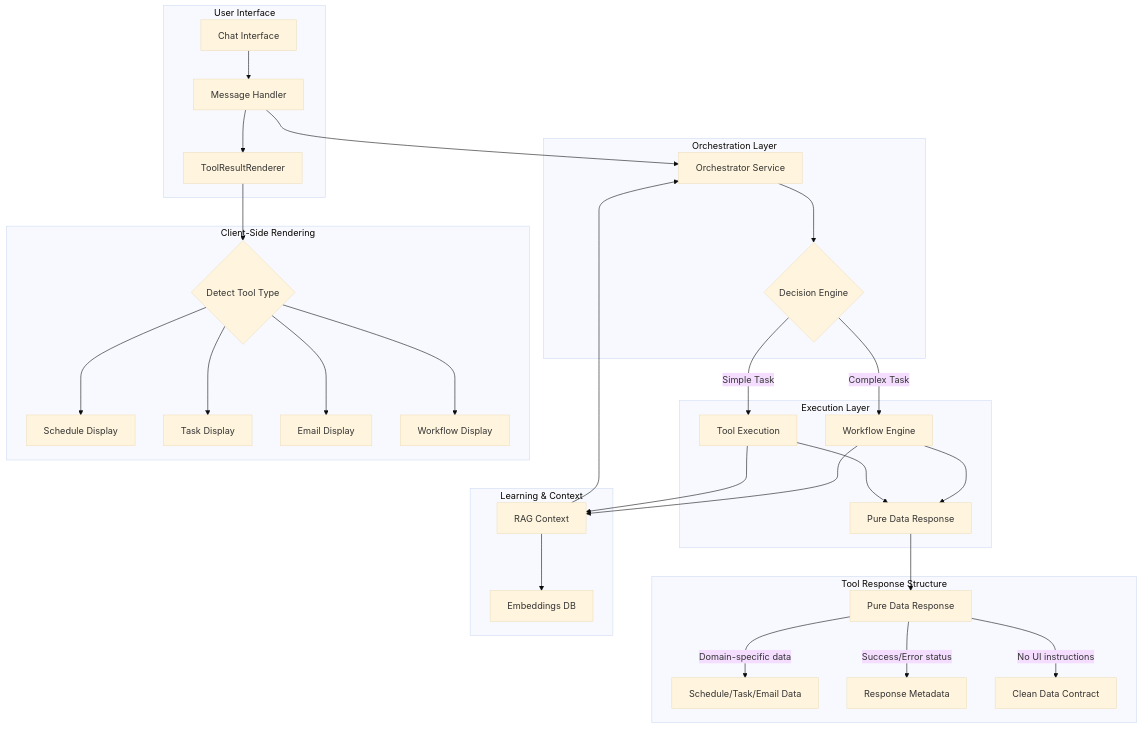
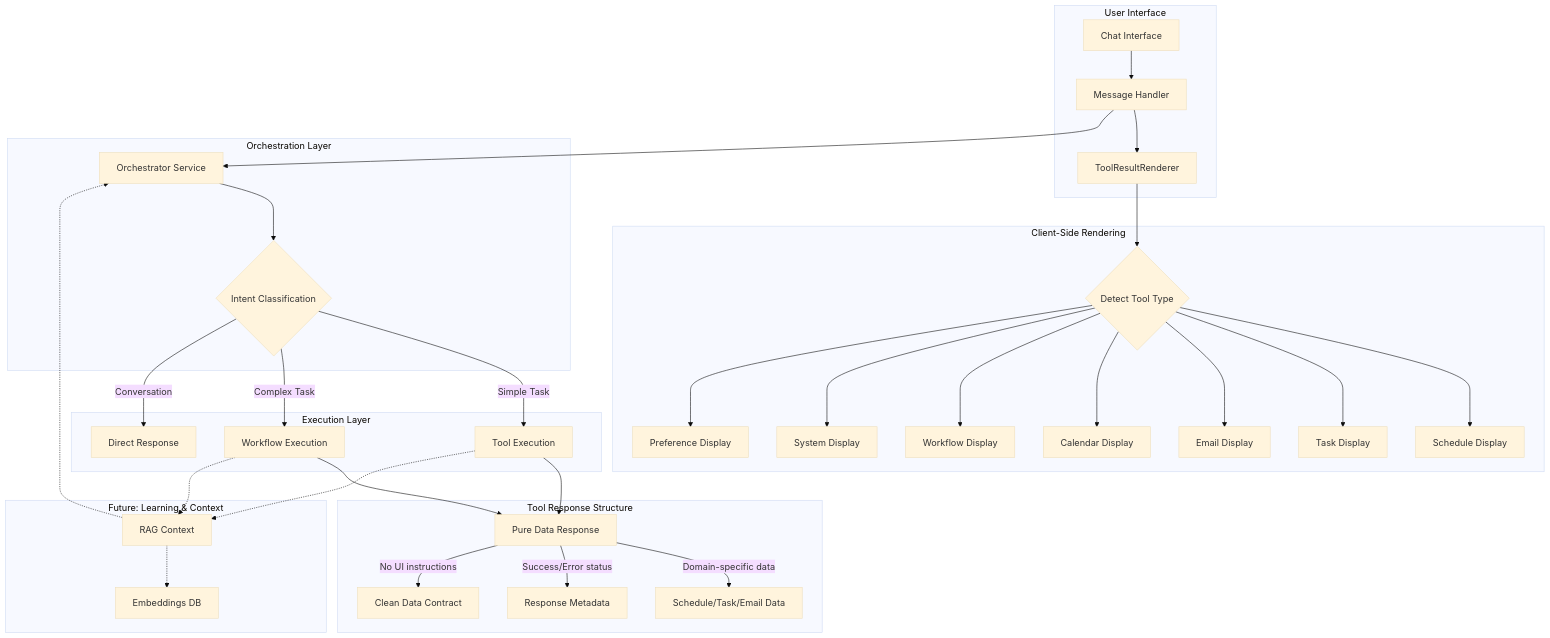
Before and after one commit to MitchForest/dayli: the diagram in docs/AI-SYSTEM-REFERENCE.md, drawn with Mermaid (base theme). The commit also changed other lines of this file and 28 other files, not shown here.

````diff
--- a/docs/AI-SYSTEM-REFERENCE.md
+++ b/docs/AI-SYSTEM-REFERENCE.md
@@ -7,41 +7,44 @@
 ```mermaid
 graph TD
     subgraph "User Interface"
         A[Chat Interface] --> B[Message Handler]
         B --> C[ToolResultRenderer]
     end
     
     subgraph "Orchestration Layer"
         B --> D[Orchestrator Service]
-        D --> E{Decision Engine}
+        D --> E{Intent Classification}
     end
     
     subgraph "Execution Layer"
         E -->|Simple Task| F[Tool Execution]
-        E -->|Complex Task| G[Workflow Engine]
-        F --> H[Pure Data Response]
-        G --> H
+        E -->|Complex Task| G[Workflow Execution]
+        E -->|Conversation| H[Direct Response]
     end
     
     subgraph "Tool Response Structure"
-        H --> I[Pure Data Response]
+        F --> I[Pure Data Response]
+        G --> I
         I --> |"Domain-specific data"| J[Schedule/Task/Email Data]
         I --> |"Success/Error status"| K[Response Metadata]
         I --> |"No UI instructions"| L[Clean Data Contract]
     end
     
     subgraph "Client-Side Rendering"
         C --> M{Detect Tool Type}
         M --> N[Schedule Display]
         M --> O[Task Display]
         M --> P[Email Display]
-        M --> Q[Workflow Display]
+        M --> Q[Calendar Display]
+        M --> R[Workflow Display]
+        M --> S[System Display]
+        M --> T[Preference Display]
     end
     
-    subgraph "Learning & Context"
-        F --> R[RAG Context]
-        G --> R
-        R --> S[Embeddings DB]
-        R --> D
+    subgraph "Future: Learning & Context"
+        F -.-> U[RAG Context]
+        G -.-> U
+        U -.-> V[Embeddings DB]
+        U -.-> D
     end
 ```
````
